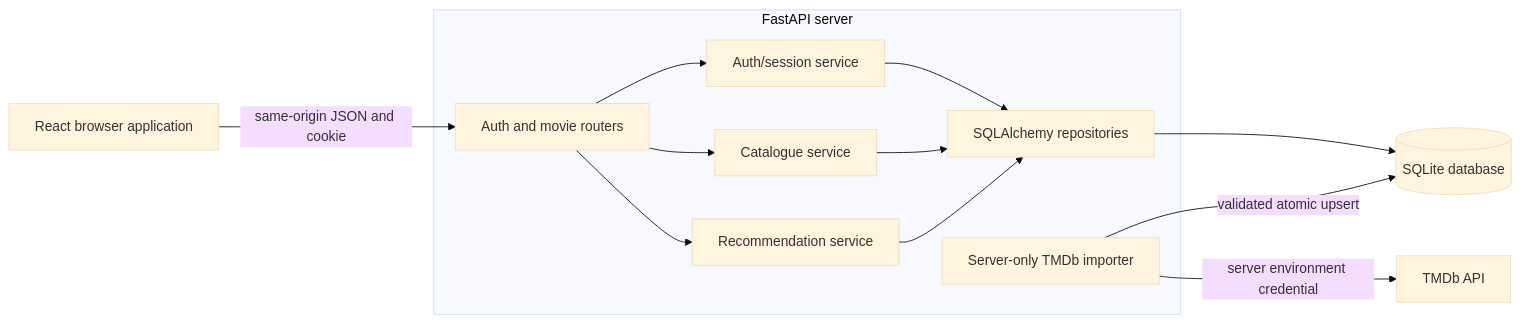
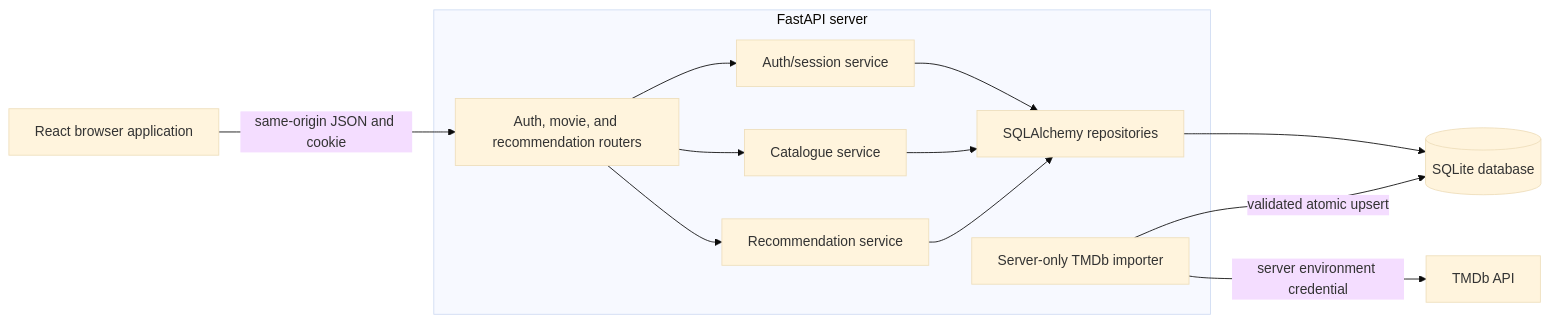
One commit to SE-FDA-NEU/ai66a_group3_C1_SE changed the first of 2 diagrams in docs/architecture.md. Above: the diagram before and after it, drawn with Mermaid (base theme). The commit also changed other lines of this file and 4 other files, not shown here.

````diff
--- a/docs/architecture.md
+++ b/docs/architecture.md
@@ -115,27 +132,27 @@
 ```mermaid
 flowchart LR
     Browser[React browser application]
 
     subgraph FastAPI[FastAPI server]
-        Routers[Auth and movie routers]
+        Routers[Auth, movie, and recommendation routers]
         Auth[Auth/session service]
         Catalogue[Catalogue service]
         Reco[Recommendation service]
         Repos[SQLAlchemy repositories]
         Importer[Server-only TMDb importer]
     end
 
     DB[(SQLite database)]
     TMDb[TMDb API]
 
     Browser -->|same-origin JSON and cookie| Routers
     Routers --> Auth
     Routers --> Catalogue
     Routers --> Reco
     Auth --> Repos
     Catalogue --> Repos
     Reco --> Repos
     Repos --> DB
     Importer -->|validated atomic upsert| DB
     Importer -->|server environment credential| TMDb
 ```
````
